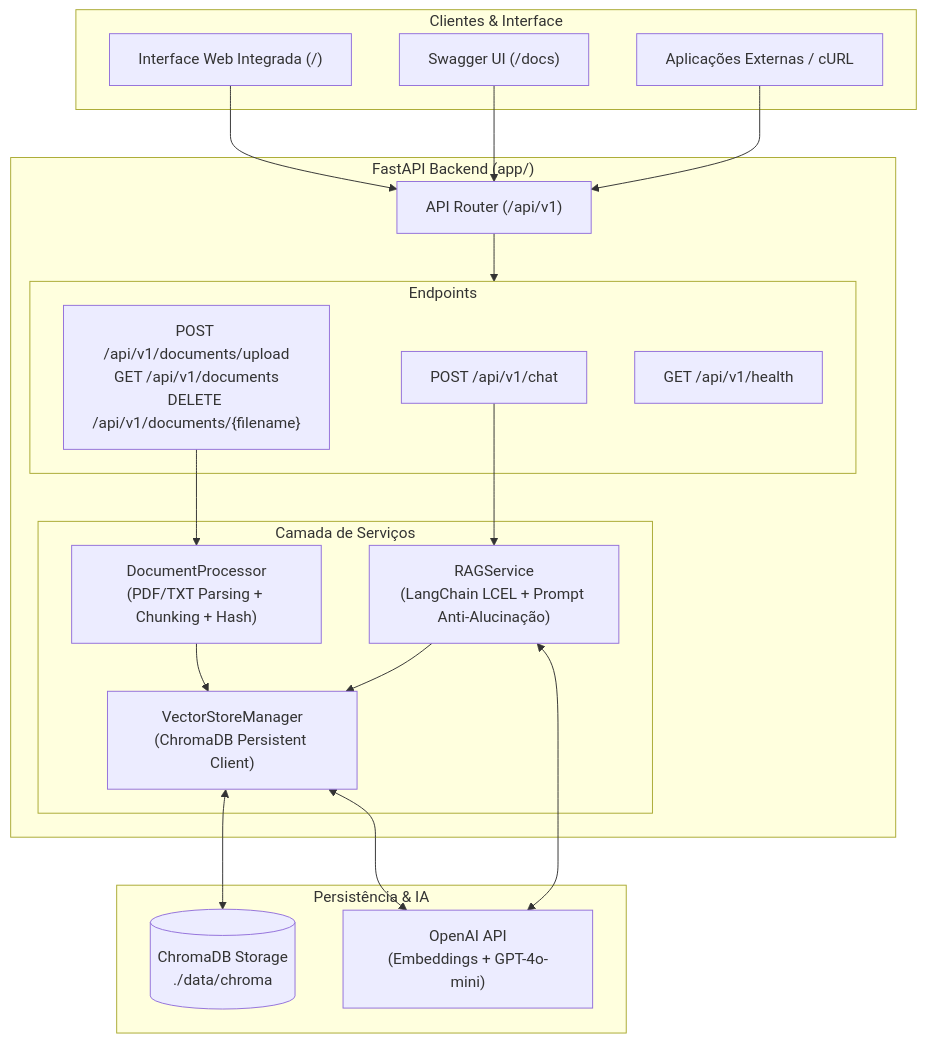
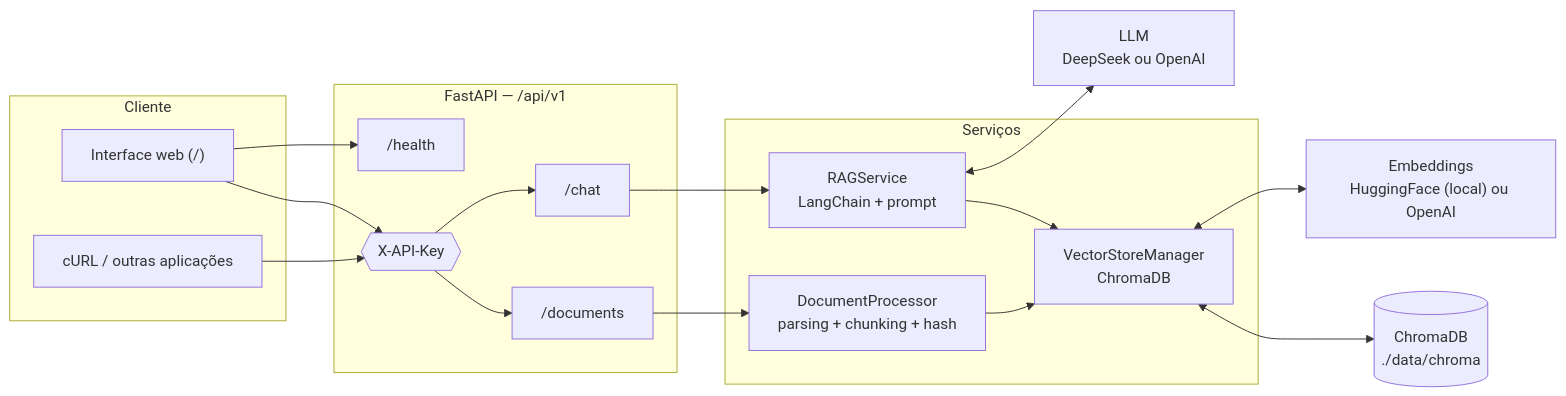
The diagram in Assistente-IA-com-RAG/README.md (SandyMarques/talyson-projects), drawn with Mermaid before and after one commit. The commit also changed other lines of this file and 14 other files, not shown here.

````diff
--- a/Assistente-IA-com-RAG/README.md
+++ b/Assistente-IA-com-RAG/README.md
@@ -44,43 +57,34 @@
 ```mermaid
-flowchart TD
-    subgraph Client ["Clientes & Interface"]
-        WebUI["Interface Web Integrada (/)"]
-        Swagger["Swagger UI (/docs)"]
-        ExternalClient["Aplicações Externas / cURL"]
+flowchart LR
+    subgraph Cliente
+        UI["Interface web (/)"]
+        Ext["cURL / outras aplicações"]
     end
 
-    subgraph Backend ["FastAPI Backend (app/)"]
-        API["API Router (/api/v1)"]
-        
-        subgraph Endpoints ["Endpoints"]
-            ChatEP["POST /api/v1/chat"]
-            DocEP["POST /api/v1/documents/upload<br>GET /api/v1/documents<br>DELETE /api/v1/documents/{filename}"]
-            HealthEP["GET /api/v1/health"]
-        end
-
-        subgraph Services ["Camada de Serviços"]
-            DocProc["DocumentProcessor<br>(PDF/TXT Parsing + Chunking + Hash)"]
-            VecStore["VectorStoreManager<br>(ChromaDB Persistent Client)"]
-            RAG["RAGService<br>(LangChain LCEL + Prompt Anti-Alucinação)"]
-        end
+    subgraph API["FastAPI — /api/v1"]
+        Auth{{"X-API-Key"}}
+        Docs["/documents"]
+        Chat["/chat"]
+        Health["/health"]
     end
 
-    subgraph Storage ["Persistência & IA"]
-        ChromaStore[("ChromaDB Storage<br>./data/chroma")]
-        OpenAIAPI["OpenAI API<br>(Embeddings + GPT-4o-mini)"]
+    subgraph Servicos["Serviços"]
+        Proc["DocumentProcessor<br/>parsing + chunking + hash"]
+        VS["VectorStoreManager<br/>ChromaDB"]
+        RAG["RAGService<br/>LangChain + prompt"]
     end
 
-    WebUI --> API
-    Swagger --> API
-    ExternalClient --> API
+    Emb["Embeddings<br/>HuggingFace (local) ou OpenAI"]
+    LLM["LLM<br/>DeepSeek ou OpenAI"]
+    DB[("ChromaDB<br/>./data/chroma")]
 
-    API --> Endpoints
-    DocEP --> DocProc
-    DocProc --> VecStore
-    VecStore <--> ChromaStore
-    VecStore <--> OpenAIAPI
-
-    ChatEP --> RAG
-    RAG --> VecStore
-    RAG <--> OpenAIAPI
+    UI --> Auth
+    Ext --> Auth
+    Auth --> Docs & Chat
+    UI --> Health
+    Docs --> Proc --> VS
+    Chat --> RAG --> VS
+    VS <--> DB
+    VS <--> Emb
+    RAG <--> LLM
 ```
````
